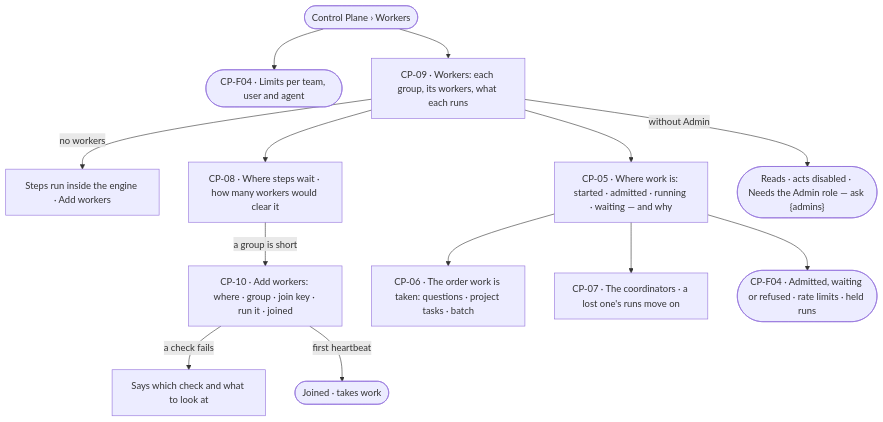
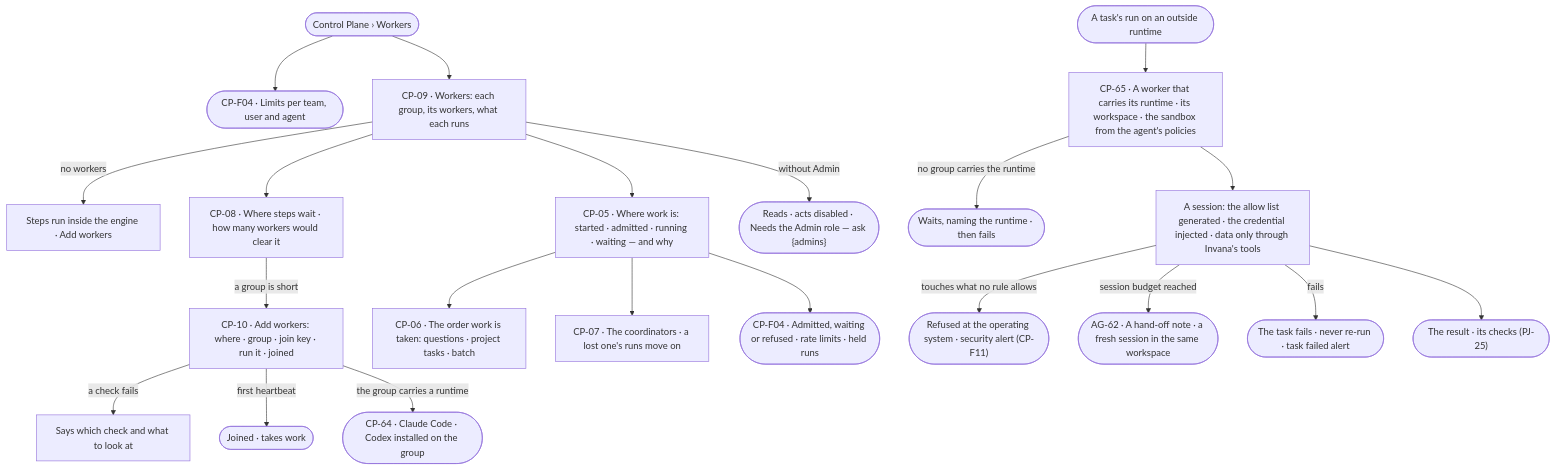
Before and after one commit to invana/invana: the first of 3 diagrams in specs/os/control/features/CP-F03-workers-and-the-queue/feature.md, drawn with Mermaid. The commit also changed other lines of this file and 300 other files, not shown here.

````diff
--- a/specs/os/control/features/CP-F03-workers-and-the-queue/feature.md
+++ b/specs/os/control/features/CP-F03-workers-and-the-queue/feature.md
@@ -23,15 +26,23 @@
 ```mermaid
 flowchart TD
   s([Control Plane › Workers]) --> lim(["CP-F04 · Limits per team, user and agent"])
   s --> wk["CP-09 · Workers: each group, its workers, what each runs"]
   wk -->|no workers| nw["Steps run inside the engine · Add workers"]
   wk --> cap["CP-08 · Where steps wait · how many workers would clear it"]
   cap -->|a group is short| add["CP-10 · Add workers: where · group · join key · run it · joined"]
   add -->|a check fails| fx["Says which check and what to look at"]
   add -->|first heartbeat| j(["Joined · takes work"])
   wk --> flow["CP-05 · Where work is: started · admitted · running · waiting — and why"]
   flow --> ord["CP-06 · The order work is taken: questions · project tasks · batch"]
   flow --> co["CP-07 · The coordinators · a lost one's runs move on"]
   flow --> adm(["CP-F04 · Admitted, waiting or refused · rate limits · held runs"])
   wk -->|without Admin| ro(["Reads · acts disabled · Needs the Admin role — ask {admins}"])
+  add -->|the group carries a runtime| rt(["CP-64 · Claude Code · Codex installed on the group"])
+  task([A task's run on an outside runtime]) --> sbx["CP-65 · A worker that carries its runtime · its workspace · the sandbox from the agent's policies"]
+  sbx -->|no group carries the runtime| nr(["Waits, naming the runtime · then fails"])
+  sbx --> ses["A session: the allow list generated · the credential injected · data only through Invana's tools"]
+  ses -->|touches what no rule allows| ref(["Refused at the operating system · security alert (CP-F11)"])
+  ses -->|session budget reached| ho(["AG-62 · A hand-off note · a fresh session in the same workspace"])
+  ses -->|fails| fl(["The task fails · never re-run · task failed alert"])
+  ses --> done(["The result · its checks (PJ-25)"])
 ```
````
